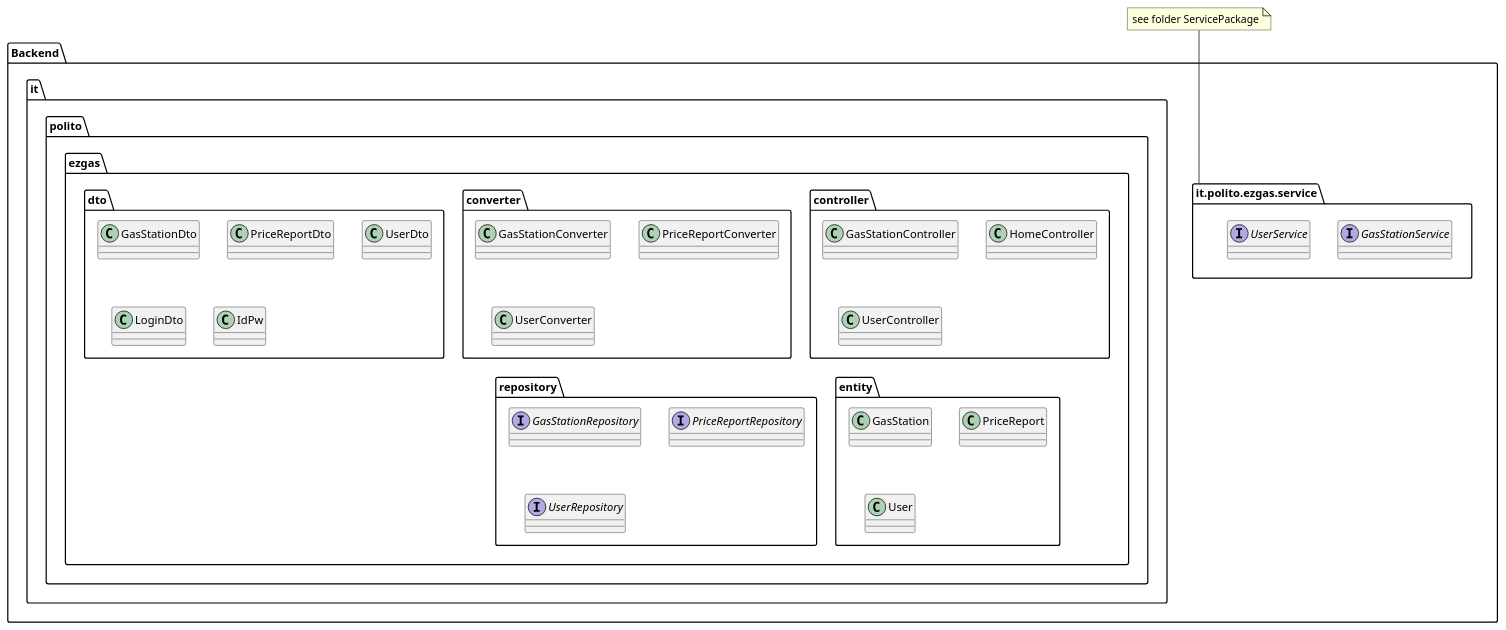
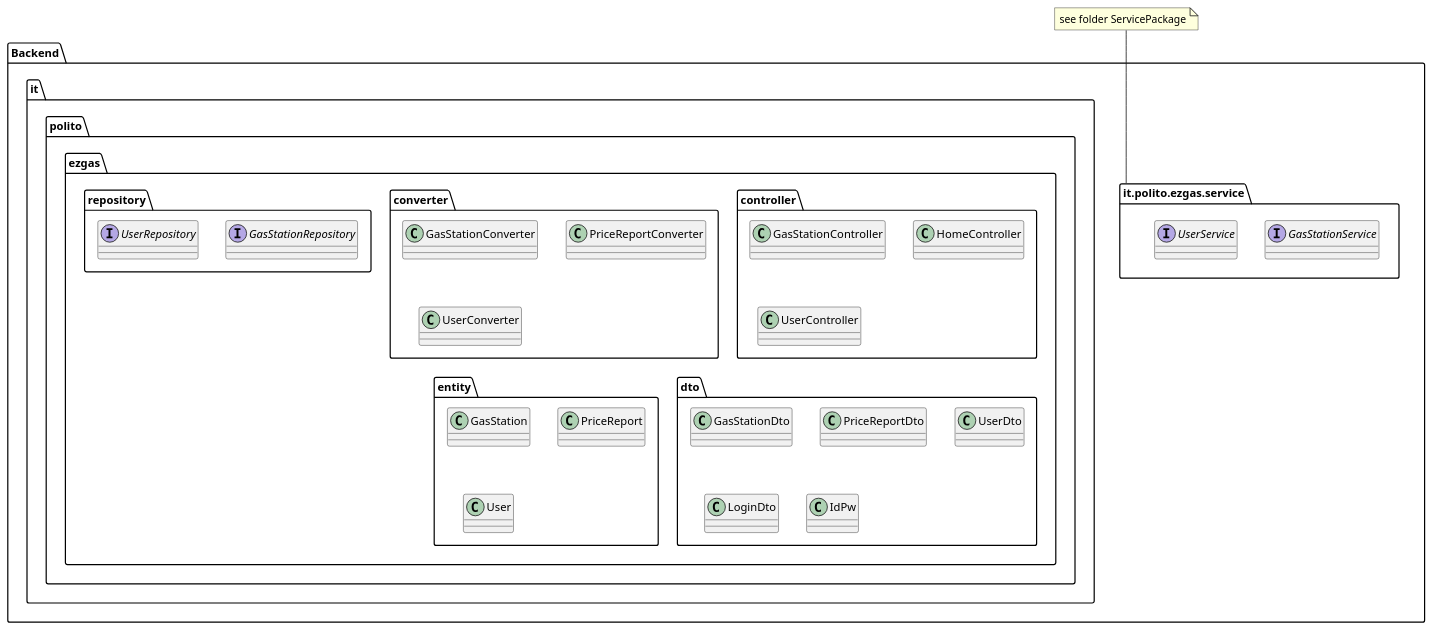
The third of 10 diagrams in docs/DesignDocument.md (s269731/Ezgas-SE1), drawn with PlantUML before and after one commit. The commit also changed other lines of this file and 1 other file, not shown here.

Commit message:
docs: fix in DesignDocument.md of verification sequence diagram, add some methods in repository interface and converter class

````diff
--- a/docs/DesignDocument.md
+++ b/docs/DesignDocument.md
@@ -107,47 +114,46 @@
 ```plantuml
 @startuml
 package "Backend" {
 
 package "it.polito.ezgas.service"  as ps {
     interface "GasStationService"
     interface "UserService"
 } 
 
 
 package "it.polito.ezgas.controller" {
     class "GasStationController"
     class "HomeController"
     class "UserController"
 }
 
 package "it.polito.ezgas.converter" {
     class "GasStationConverter"
     class "PriceReportConverter"
     class "UserConverter"
 }
 
 package "it.polito.ezgas.dto" {
     class "GasStationDto"
     class "PriceReportDto"
     class "UserDto"
     class "LoginDto"
     class "IdPw"
 }
 
 package "it.polito.ezgas.entity" {
     class "GasStation"
     class "PriceReport"
     class "User"
 }
 
 package "it.polito.ezgas.repository" {
     interface "GasStationRepository"
-    interface "PriceReportRepository"
     interface "UserRepository"
 }
 
     
 }
 note "see folder ServicePackage" as n
 n -- ps
 ```
````
